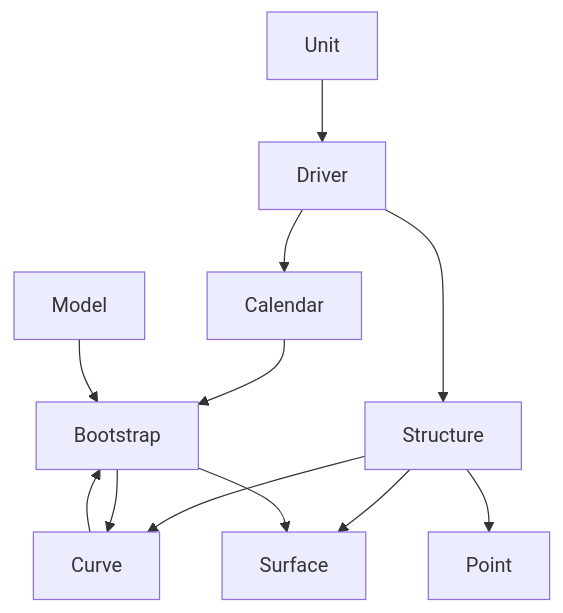
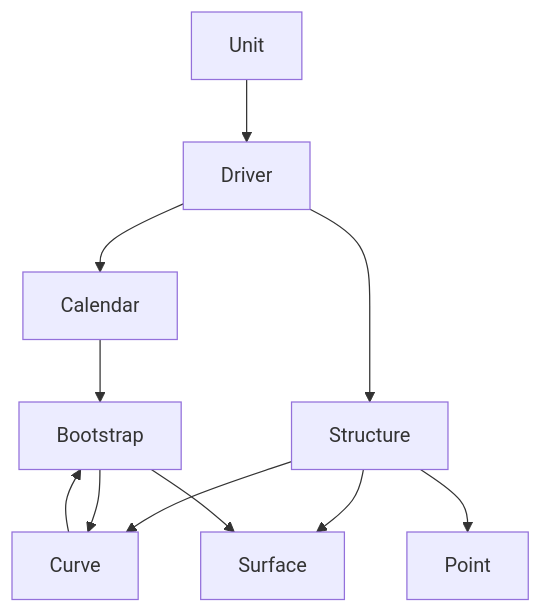
Before and after one commit to tristanvandevelde/finstruct: the diagram in README.md, drawn with Mermaid.

````diff
--- a/README.md
+++ b/README.md
@@ -32,14 +32,13 @@
 ```mermaid
 graph TD;
     Unit-->Driver;
     Driver-->Calendar;
     Driver-->Structure;
     Structure-->Curve;
     Structure-->Surface;
     Structure-->Point;
     Calendar-->Bootstrap;
-    Model-->Bootstrap;
     Bootstrap-->Curve;
     Curve-->Bootstrap;
     Bootstrap-->Surface;
 ```
````
